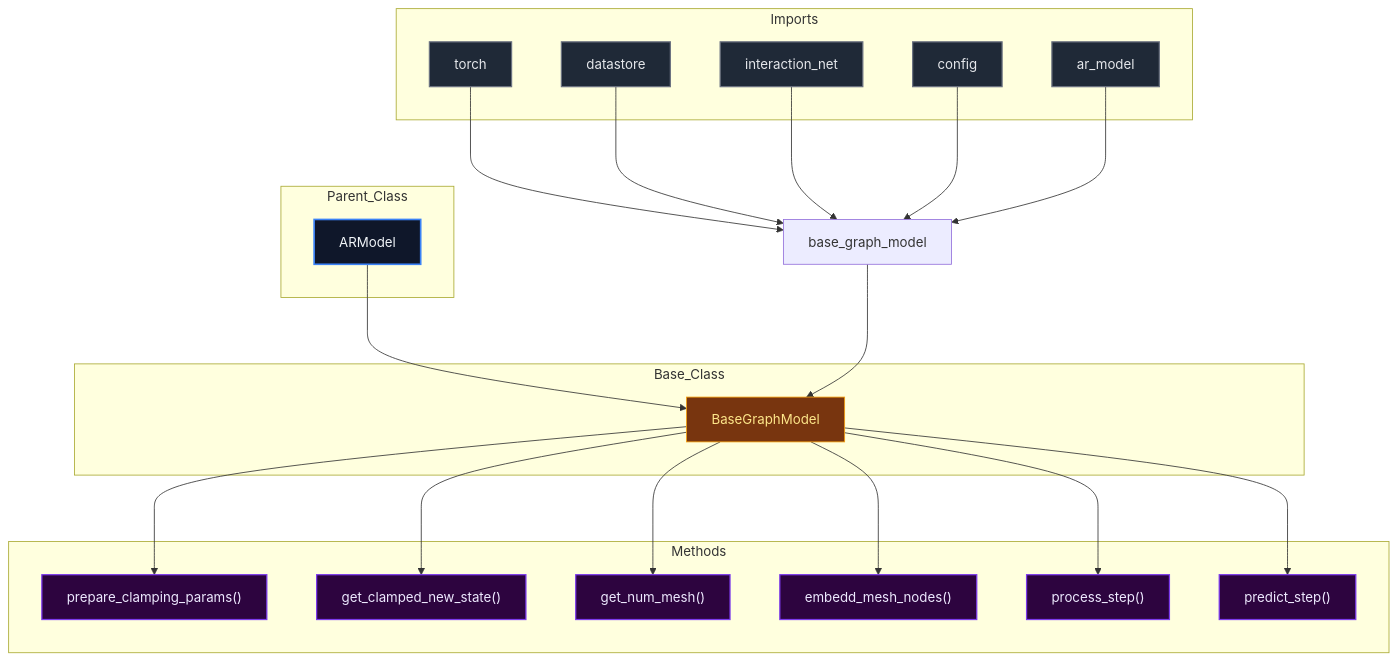
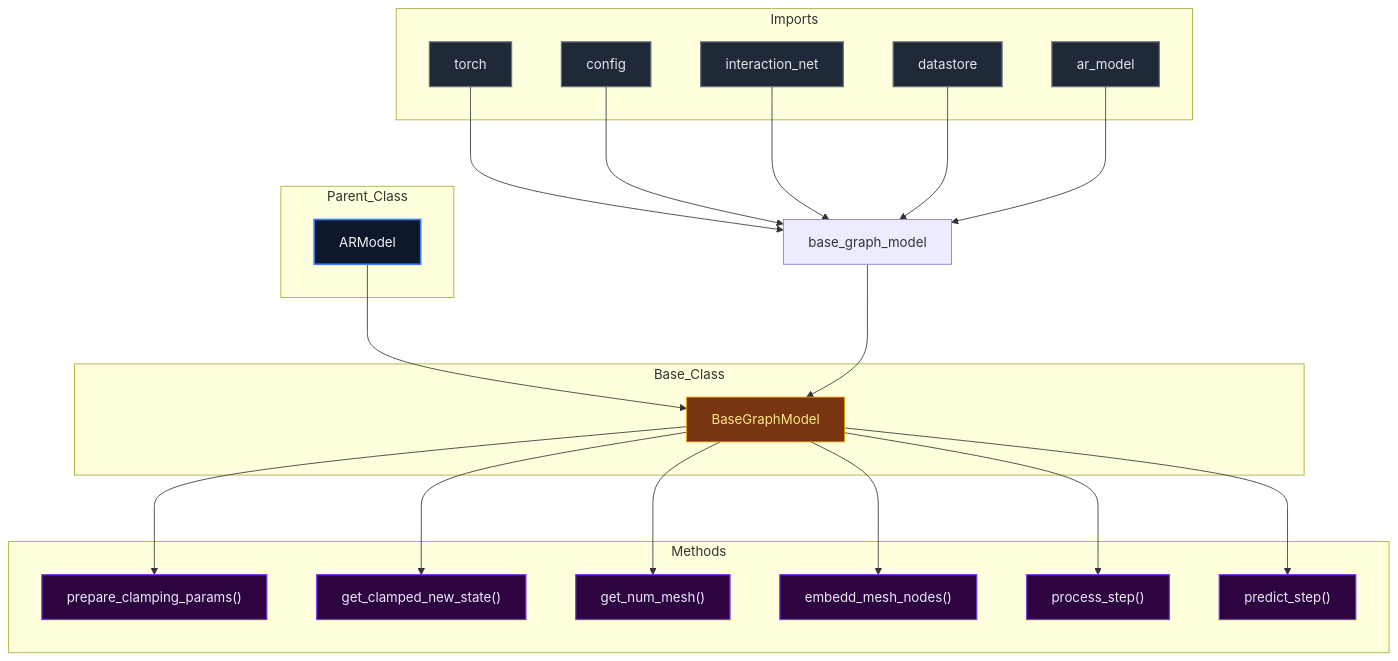
Before and after one commit to mllam/neural-lam: the diagram in docs/diagrams/base_graph_model_diagram.md, drawn with Mermaid. The commit also changed 21 other files, not shown here.

Commit message:
Auto-update Mermaid diagrams

````diff
--- a/docs/diagrams/base_graph_model_diagram.md
+++ b/docs/diagrams/base_graph_model_diagram.md
@@ -1,58 +1,58 @@
 ```mermaid
 %%{init: {'flowchart': {'nodeSpacing': 60, 'rankSpacing': 80}}}%%
 flowchart TD
 
 module["base_graph_model"]
 
 subgraph Parent_Class
     ARModel["ARModel"]
 end
 
 subgraph Base_Class
     BaseGraphModel["BaseGraphModel"]
 end
 
     ARModel --> BaseGraphModel
 
 subgraph Imports
     torch["torch"]
+    config["config"]
+    interaction_net["interaction_net"]
     datastore["datastore"]
-    interaction_net["interaction_net"]
-    config["config"]
     ar_model["ar_model"]
 end
 
     torch --> module
+    config --> module
+    interaction_net --> module
     datastore --> module
-    interaction_net --> module
-    config --> module
     ar_model --> module
     module --> BaseGraphModel
 
 subgraph Methods
     BaseGraphModel_prepare_clamping_params["prepare_clamping_params()"]
     BaseGraphModel_get_clamped_new_state["get_clamped_new_state()"]
     BaseGraphModel_get_num_mesh["get_num_mesh()"]
     BaseGraphModel_embedd_mesh_nodes["embedd_mesh_nodes()"]
     BaseGraphModel_process_step["process_step()"]
     BaseGraphModel_predict_step["predict_step()"]
 end
 
     BaseGraphModel --> BaseGraphModel_prepare_clamping_params
     BaseGraphModel --> BaseGraphModel_get_clamped_new_state
     BaseGraphModel --> BaseGraphModel_get_num_mesh
     BaseGraphModel --> BaseGraphModel_embedd_mesh_nodes
     BaseGraphModel --> BaseGraphModel_process_step
     BaseGraphModel --> BaseGraphModel_predict_step
 
 classDef parent fill:#0f172a,stroke:#3b82f6,stroke-width:2px,color:#f1f5f9,font-size:16px
 classDef base fill:#78350f,stroke:#f59e0b,stroke-width:1px,color:#fde68a,font-size:16px
 classDef import fill:#1f2937,stroke:#6b7280,stroke-width:1.5px,color:#e5e7eb,font-size:16px
 classDef method fill:#2d043f,stroke:#7c3aed,stroke-width:1.5px,color:#ede9fe,font-size:16px
 classDef callNode fill:#064e3b,stroke:#10b981,stroke-width:1.5px,color:#d1fae5,font-size:16px
 class ARModel parent
 class BaseGraphModel base
-class torch,datastore,interaction_net,config,ar_model import
+class torch,config,interaction_net,datastore,ar_model import
 class BaseGraphModel_prepare_clamping_params,BaseGraphModel_get_clamped_new_state,BaseGraphModel_get_num_mesh,BaseGraphModel_embedd_mesh_nodes,BaseGraphModel_process_step,BaseGraphModel_predict_step method
 
 ```
````
